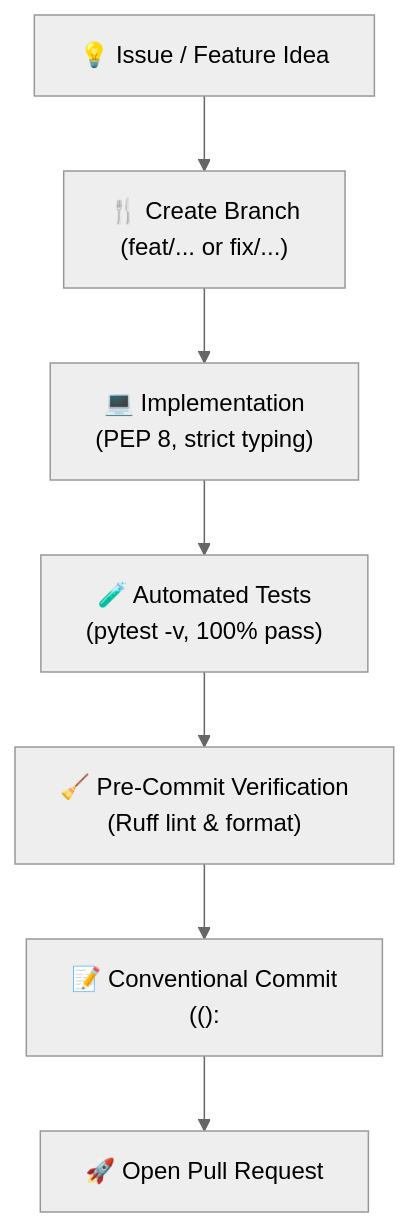
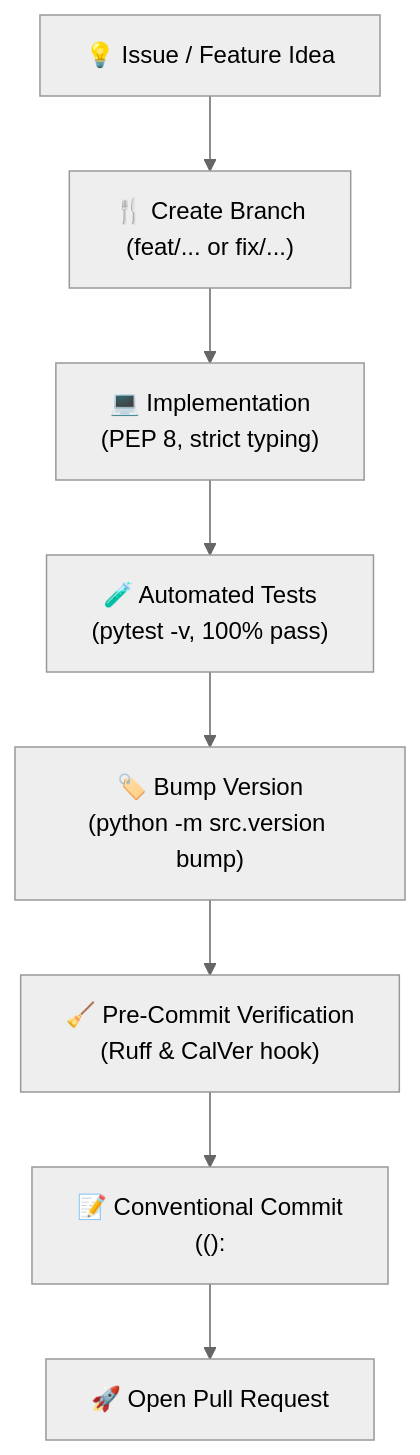
The diagram in CONTRIBUTING.md (marcosDLCS/datadis-analyzer), drawn with Mermaid (neutral theme) before and after one commit. The commit also changed other lines of this file and 15 other files, not shown here.

First line of the commit message:
feat(cli,version): enforce mandatory da init and add CalVer versioning system

````diff
--- a/CONTRIBUTING.md
+++ b/CONTRIBUTING.md
@@ -16,9 +16,10 @@
 ```mermaid
 flowchart TD
     A["💡 Issue / Feature Idea"] --> B["🍴 Create Branch\n(feat/... or fix/...)"]
     B --> C["💻 Implementation\n(PEP 8, strict typing)"]
     C --> D["🧪 Automated Tests\n(pytest -v, 100% pass)"]
-    D --> E["🧹 Pre-Commit Verification\n(Ruff lint & format)"]
-    E --> F["📝 Conventional Commit\n(<type>(<scope>): <desc>)"]
-    F --> G["🚀 Open Pull Request"]
+    D --> E["🏷️ Bump Version\n(python -m src.version bump)"]
+    E --> F["🧹 Pre-Commit Verification\n(Ruff & CalVer hook)"]
+    F --> G["📝 Conventional Commit\n(<type>(<scope>): <desc>)"]
+    G --> H["🚀 Open Pull Request"]
 ```
````
